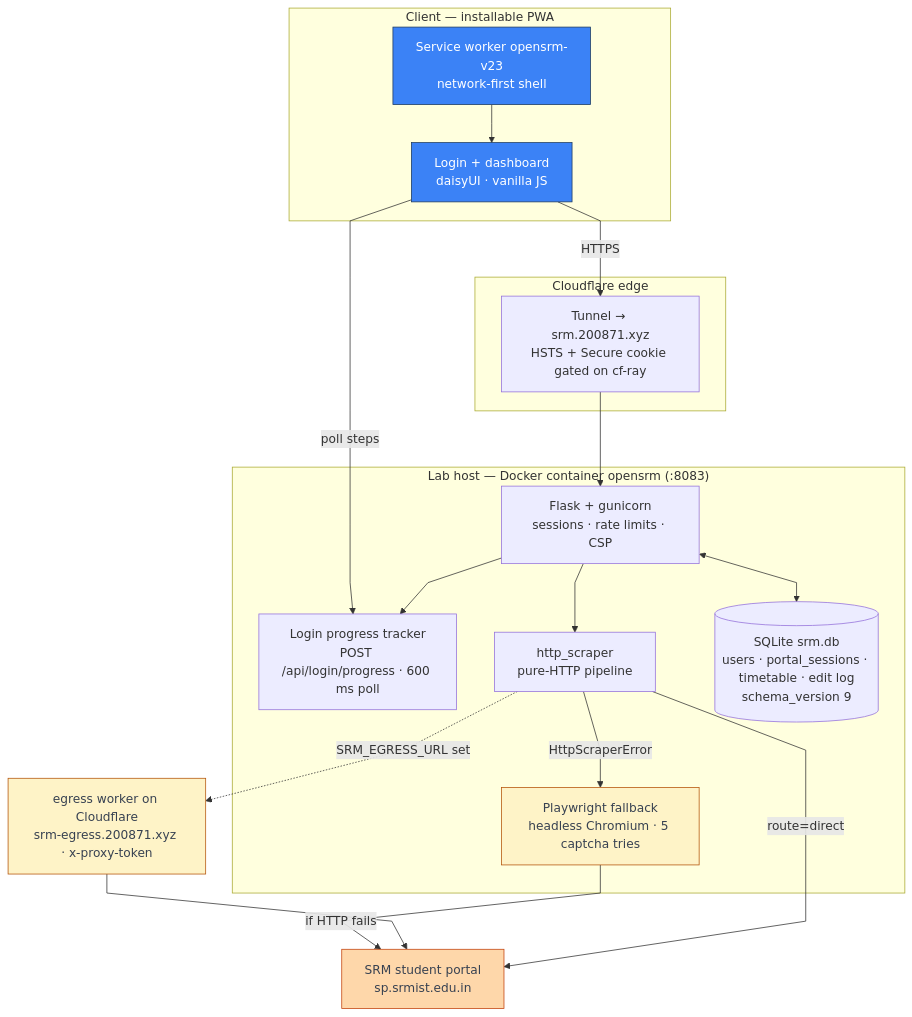
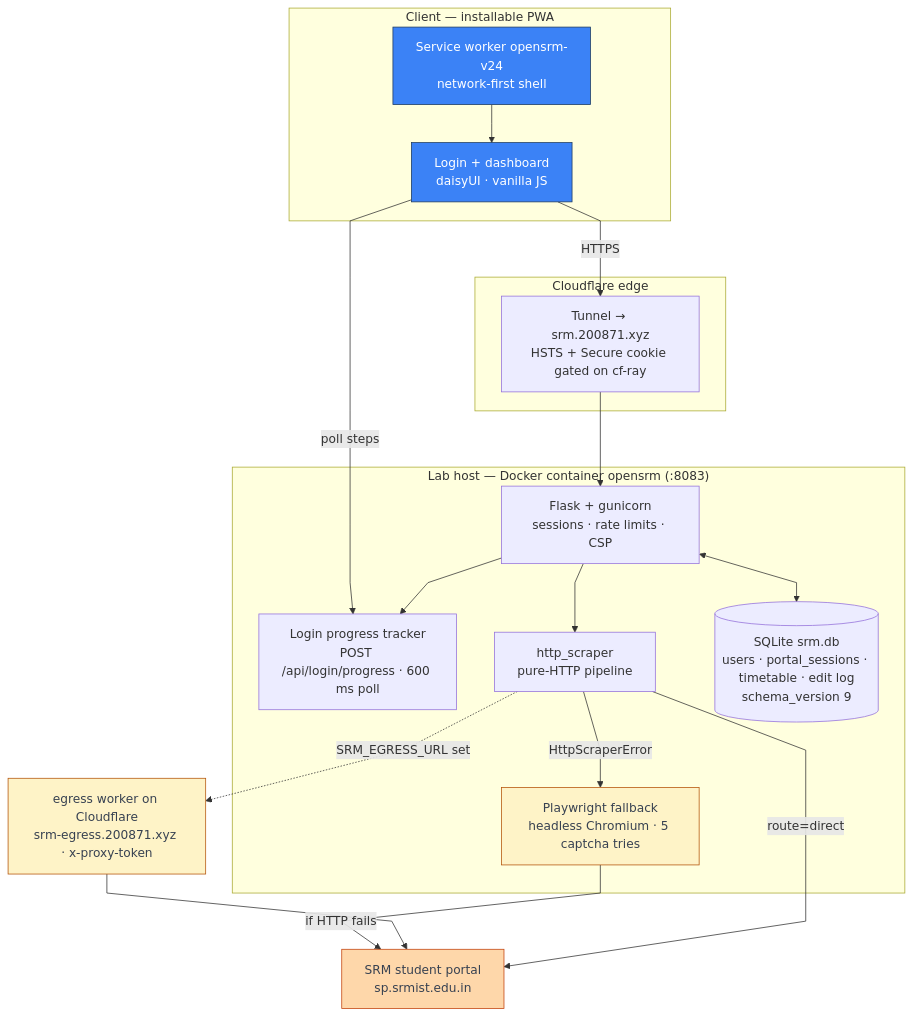
Before and after one commit to thenabbu/OpenSRM: the first of 3 diagrams in README.md, drawn with Mermaid. The commit also changed 11 other files, not shown here.

````diff
--- a/README.md
+++ b/README.md
@@ -68,43 +68,43 @@
 ```mermaid
 %%{init: {"flowchart": {"curve": "linear"}}}%%
 flowchart TD
     subgraph client["Client — installable PWA"]
         UI["Login + dashboard<br/>daisyUI · vanilla JS"]
-        SW["Service worker opensrm-v23<br/>network-first shell"]
+        SW["Service worker opensrm-v24<br/>network-first shell"]
     end
 
     subgraph edge["Cloudflare edge"]
         TUN["Tunnel → srm.200871.xyz<br/>HSTS + Secure cookie gated on cf-ray"]
     end
 
     subgraph lab["Lab host — Docker container opensrm (:8083)"]
         FL["Flask + gunicorn<br/>sessions · rate limits · CSP"]
         PROG["Login progress tracker<br/>POST /api/login/progress · 600 ms poll"]
         HS["http_scraper<br/>pure-HTTP pipeline"]
         PW["Playwright fallback<br/>headless Chromium · 5 captcha tries"]
         DB[("SQLite srm.db<br/>users · portal_sessions · timetable · edit log<br/>schema_version 9")]
         FL --> PROG
         FL <--> DB
         FL --> HS
         HS -->|"HttpScraperError"| PW
     end
 
     EG["egress worker on Cloudflare<br/>srm-egress.200871.xyz · x-proxy-token"]
     P["SRM student portal<br/>sp.srmist.edu.in"]
 
     UI -->|"HTTPS"| TUN
     TUN --> FL
     SW --> UI
     UI -->|"poll steps"| PROG
     HS -->|"route=direct"| P
     HS -.->|"SRM_EGRESS_URL set"| EG
     EG --> P
     PW -->|"if HTTP fails"| P
 
     classDef client fill:#3b82f6,stroke:#1e3a5f,color:#ffffff
     classDef conditional fill:#fef3c7,stroke:#b45309,color:#374151
     classDef external fill:#fed7aa,stroke:#c2410c,color:#374151
     class UI,SW client
     class PW,EG conditional
     class P external
 ```
````
